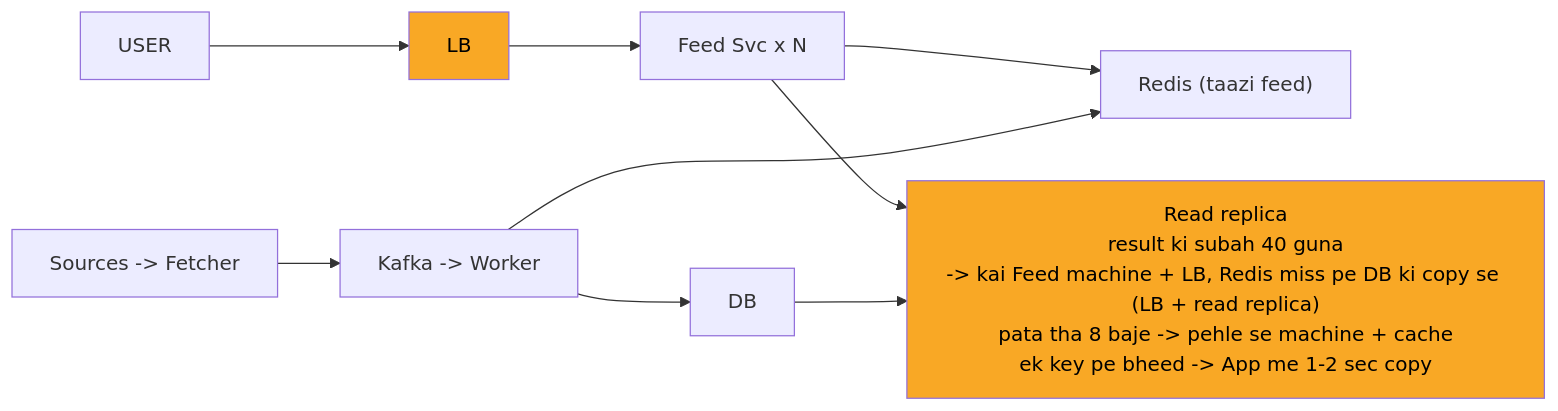
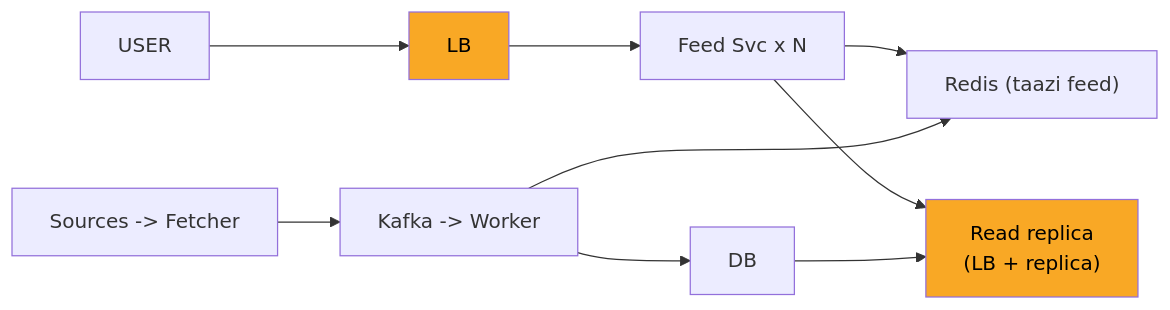
Before and after one commit to ArpanMaheshwari144/Prep: the diagram in 04_HLD/SYSTEM_DESIGNS/08_news_aggregator/img/c3.mmd, drawn with Mermaid. The commit also changed 36 other files, not shown here.

```diff
--- a/04_HLD/SYSTEM_DESIGNS/08_news_aggregator/img/c3.mmd
+++ b/04_HLD/SYSTEM_DESIGNS/08_news_aggregator/img/c3.mmd
@@ -1,20 +1,20 @@
 %%{init: {"flowchart": {"wrappingWidth": 450}}}%%
 flowchart LR
     n_USER["USER"]
     n_LB["LB"]
     n_Feed_Svc_xN["Feed Svc x N"]
     n_Redis["Redis (taazi feed)"]
-    n_Read_replica["Read replica<br/>result ki subah 40 guna<br/>-> kai Feed machine + LB, Redis miss pe DB ki copy se (LB + read replica)<br/>pata tha 8 baje -> pehle se machine + cache<br/>ek key pe bheed -> App me 1-2 sec copy"]
+    n_Read_replica["Read replica<br/>(LB + replica)"]
     n_DB["DB"]
     n_KW["Kafka -> Worker"]
     n_SF["Sources -> Fetcher"]
     n_USER --> n_LB
     n_LB --> n_Feed_Svc_xN
     n_Feed_Svc_xN --> n_Redis
     n_Feed_Svc_xN --> n_Read_replica
     n_DB --> n_Read_replica
     n_KW --> n_DB
     n_KW --> n_Redis
     n_SF --> n_KW
     style n_LB fill:#f9a825,color:#000
     style n_Read_replica fill:#f9a825,color:#000
```
